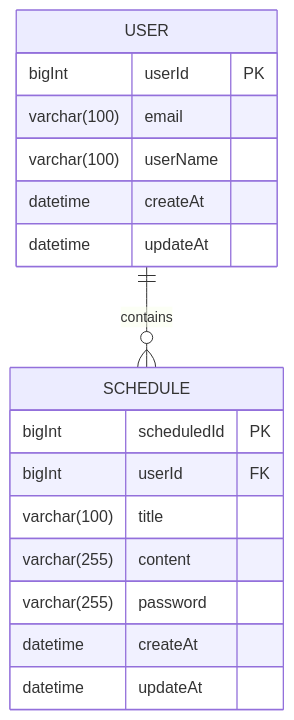
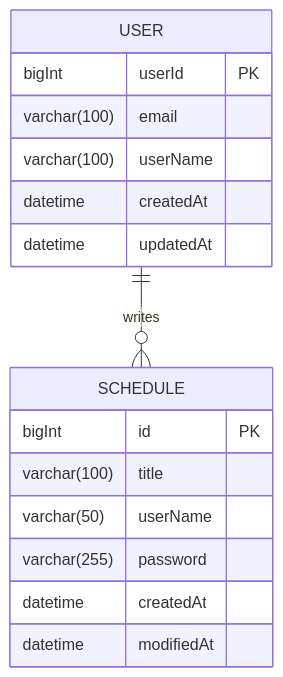
Before and after one commit to dain391/scheduler-project: the diagram in README.md, drawn with Mermaid. The commit also changed 2 other files, not shown here.

Commit message:
feat: Lv1 complete - Add schedule creation feature

````diff
--- a/README.md
+++ b/README.md
@@ -17,20 +17,19 @@
 ```mermaid
 erDiagram
-USER ||--o{ SCHEDULE : contains
+USER ||--o{ SCHEDULE : writes
 USER {
     bigInt userId PK
     varchar(100) email
     varchar(100) userName
-    datetime createAt
-    datetime updateAt
+    datetime createdAt
+    datetime updatedAt
 }
 SCHEDULE {
-    bigInt scheduledId PK
-    bigInt userId FK
+    bigInt id PK
     varchar(100) title
-    varchar(255) content
+    varchar(50) userName
     varchar(255) password
-    datetime createAt
-    datetime updateAt
+    datetime createdAt
+    datetime modifiedAt
 }
 ```
````
